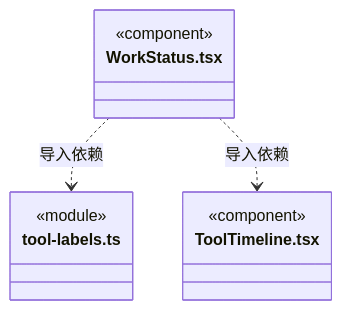
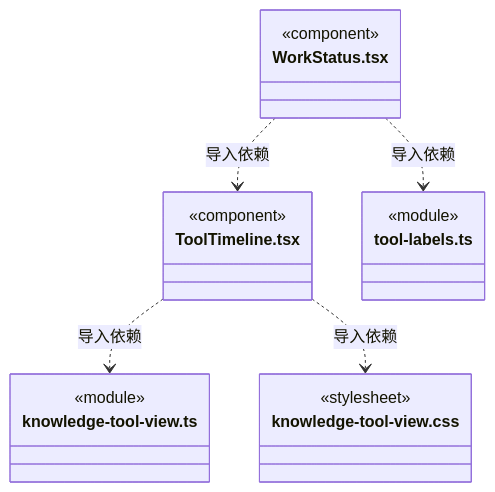
Before and after one commit to nan023062/cbim: diagram 16 of 16 in src/frontend/execution-view/ARCHITECTURE.md, drawn with Mermaid. The commit also changed other lines of this file and 21 other files, not shown here.

````diff
--- a/src/frontend/execution-view/ARCHITECTURE.md
+++ b/src/frontend/execution-view/ARCHITECTURE.md
@@ -201,14 +224,22 @@
 ```mermaid
 classDiagram
+class N_src_frontend_execution_view_ToolTimeline_tsx["ToolTimeline.tsx"] {
+  <<component>>
+}
+class N_src_frontend_execution_view_knowledge_tool_view_ts["knowledge-tool-view.ts"] {
+  <<module>>
+}
+class N_src_frontend_execution_view_knowledge_tool_view_css["knowledge-tool-view.css"] {
+  <<stylesheet>>
+}
 class N_src_frontend_execution_view_WorkStatus_tsx["WorkStatus.tsx"] {
   <<component>>
 }
 class N_src_frontend_execution_view_tool_labels_ts["tool-labels.ts"] {
   <<module>>
 }
-class N_src_frontend_execution_view_ToolTimeline_tsx["ToolTimeline.tsx"] {
-  <<component>>
-}
+N_src_frontend_execution_view_ToolTimeline_tsx ..> N_src_frontend_execution_view_knowledge_tool_view_ts : 导入依赖
+N_src_frontend_execution_view_ToolTimeline_tsx ..> N_src_frontend_execution_view_knowledge_tool_view_css : 导入依赖
 N_src_frontend_execution_view_WorkStatus_tsx ..> N_src_frontend_execution_view_tool_labels_ts : 导入依赖
 N_src_frontend_execution_view_WorkStatus_tsx ..> N_src_frontend_execution_view_ToolTimeline_tsx : 导入依赖
 ```
````
